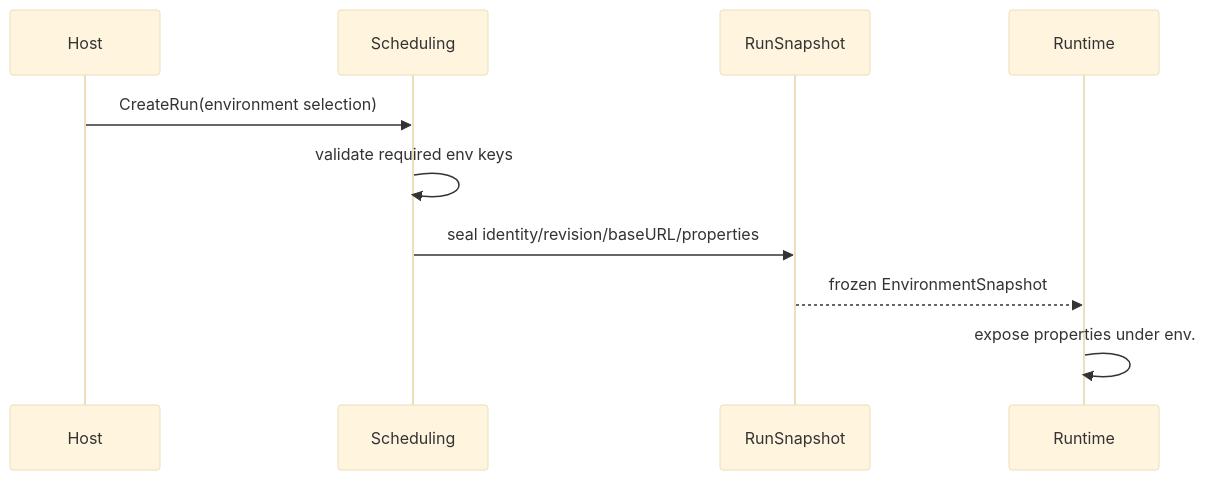
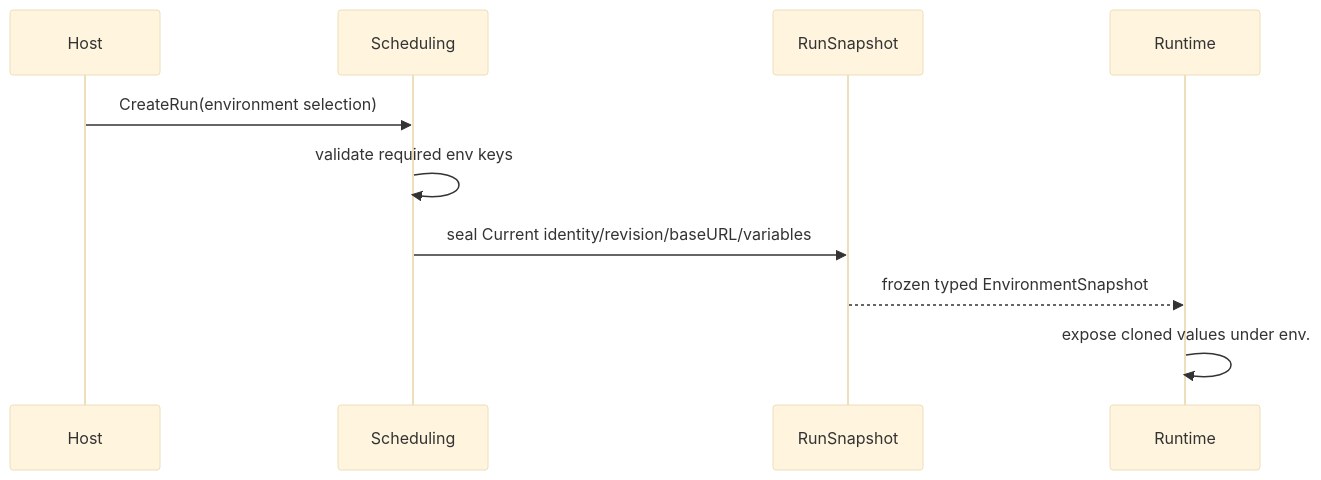
The diagram in docs/application/scheduling/freeze-environment-properties.md (Capsule7446/healix-core), drawn with Mermaid (base theme) before and after one commit. The commit also changed other lines of this file and 119 other files, not shown here.

````diff
--- a/docs/application/scheduling/freeze-environment-properties.md
+++ b/docs/application/scheduling/freeze-environment-properties.md
@@ -20,12 +20,12 @@
 ```mermaid
 sequenceDiagram
     participant Host
     participant Scheduling
     participant Snapshot as RunSnapshot
     participant Runtime
     Host->>Scheduling: CreateRun(environment selection)
     Scheduling->>Scheduling: validate required env keys
-    Scheduling->>Snapshot: seal identity/revision/baseURL/properties
-    Snapshot-->>Runtime: frozen EnvironmentSnapshot
-    Runtime->>Runtime: expose properties under env.
+    Scheduling->>Snapshot: seal Current identity/revision/baseURL/variables
+    Snapshot-->>Runtime: frozen typed EnvironmentSnapshot
+    Runtime->>Runtime: expose cloned values under env.
 ```
````
